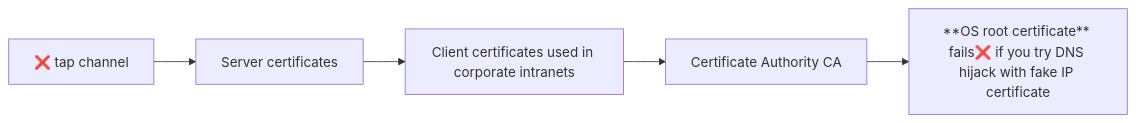
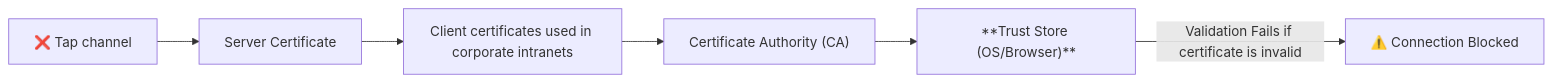
Before and after one commit to 24f2007780/MAD1TAs-book: the diagram in docs/appdev-I-theory/week9/9-https-logging.md, drawn with Mermaid. The commit also changed other lines of this file and 51 other files, not shown here.

````diff
--- a/docs/appdev-I-theory/week9/9-https-logging.md
+++ b/docs/appdev-I-theory/week9/9-https-logging.md
@@ -26,4 +26,5 @@
 ```mermaid
 graph LR
-A["❌ tap channel"]--> B["Server certificates"]--> C["Client certificates used in corporate intranets"]-->D["Certificate Authority CA"]-->E["**OS root certificate** fails❌ if you try DNS hijack with fake IP certificate"]
+A["❌ Tap channel"] --> B["Server Certificate"] --> C["Client certificates used in corporate intranets"] --> D["Certificate Authority (CA)"] --> E["**Trust Store (OS/Browser)**"]
+E --"Validation Fails if certificate is invalid"--> F["⚠️ Connection Blocked"]
 ```
````
